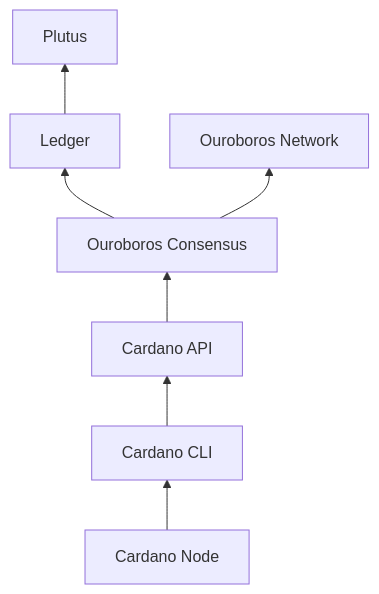
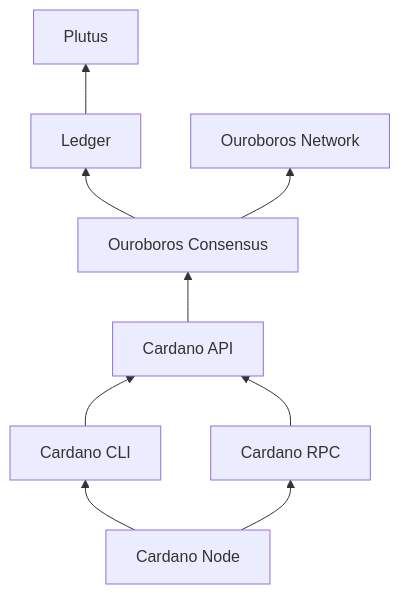
Before and after one commit to IntersectMBO/cardano-node: the diagram in .github/ISSUE_TEMPLATE/node_release.md, drawn with Mermaid. The commit also changed other lines of this file, not shown here.

Commit message:
Update node release template to include cardano-rpc

````diff
--- a/.github/ISSUE_TEMPLATE/node_release.md
+++ b/.github/ISSUE_TEMPLATE/node_release.md
@@ -11,17 +11,20 @@
 ```mermaid
 flowchart BT
     A[Plutus]
     B[Ledger]
     C[Ouroboros Network]
     D[Ouroboros Consensus]
     E[Cardano API]
     F[Cardano CLI]
     G[Cardano Node]
-    
+    H[Cardano RPC]
+
     B --> A
     D --> B
     D --> C
     E --> D
     F --> E
     G --> F
+    H --> E
+    G --> H
 ```
````
